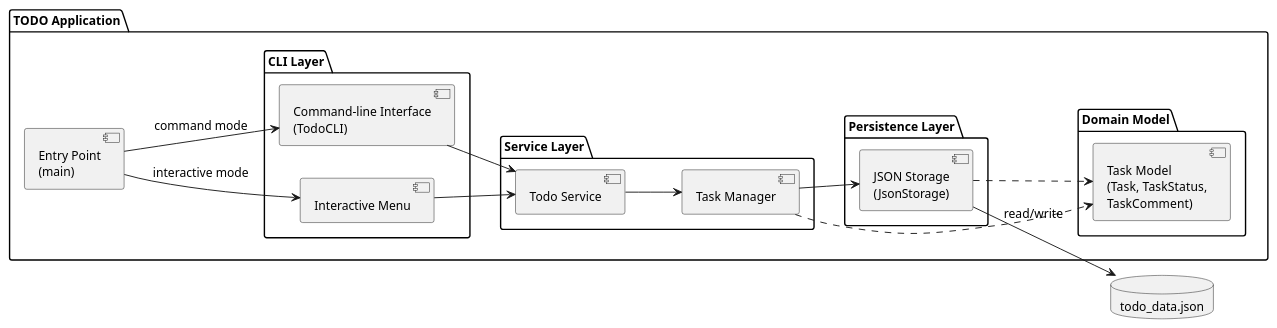
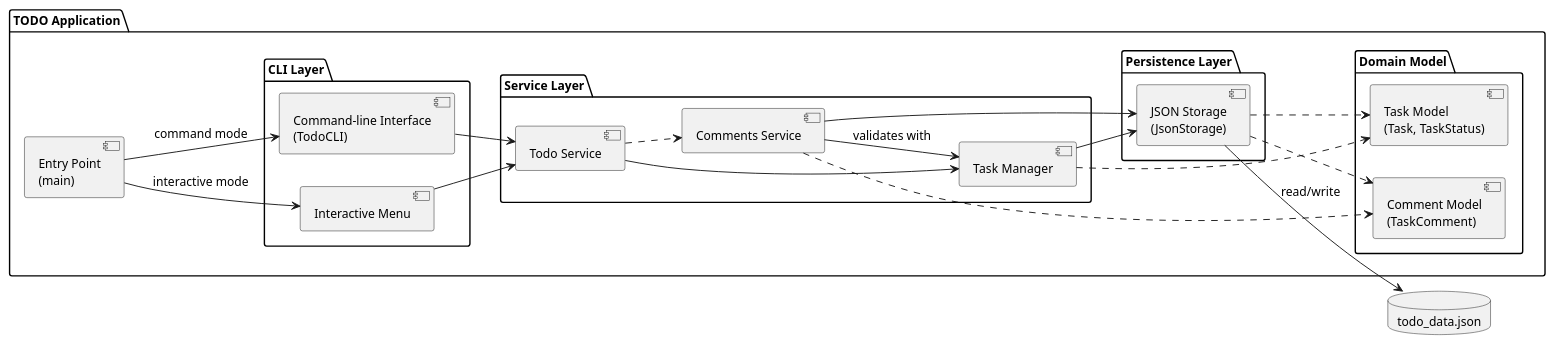
The diagram in experiments/broadcast/structured_text/TODO/artifacts/component_diagram.puml (DanielRiha8906/Software_autoevolution_using_agents), drawn with PlantUML before and after one commit. The commit also changed 5 other files, not shown here.

```diff
--- a/experiments/broadcast/structured_text/TODO/artifacts/component_diagram.puml
+++ b/experiments/broadcast/structured_text/TODO/artifacts/component_diagram.puml
@@ -1,46 +1,53 @@
 @startuml component_diagram
 
 skinparam componentStyle uml2
 skinparam defaultFontSize 13
 
 left to right direction
 
 package "TODO Application" {
 
     component "Entry Point\n(main)" as Main
 
     package "CLI Layer" {
         component "Interactive Menu" as IM
         component "Command-line Interface\n(TodoCLI)" as CLI
     }
 
     package "Service Layer" {
         component "Todo Service" as SVC
         component "Task Manager" as MGR
+        component "Comments Service" as CMTS
     }
 
     package "Domain Model" {
-        component "Task Model\n(Task, TaskStatus,\nTaskComment)" as Model
+        component "Task Model\n(Task, TaskStatus)" as Model
+        component "Comment Model\n(TaskComment)" as Comments
     }
 
     package "Persistence Layer" {
         component "JSON Storage\n(JsonStorage)" as Storage
     }
 }
 
 database "todo_data.json" as DB
 
 Main --> IM : interactive mode
 Main --> CLI : command mode
 
 IM --> SVC
 CLI --> SVC
 
 SVC --> MGR
+SVC ..> CMTS
+CMTS --> MGR : validates with
 MGR --> Storage
+CMTS --> Storage
 MGR ..> Model
+CMTS ..> Comments
 Storage ..> Model
+Storage ..> Comments
 
 Storage --> DB : read/write
 
 @enduml
```
